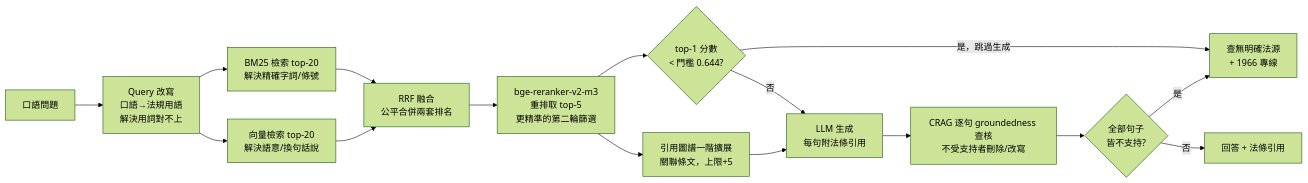
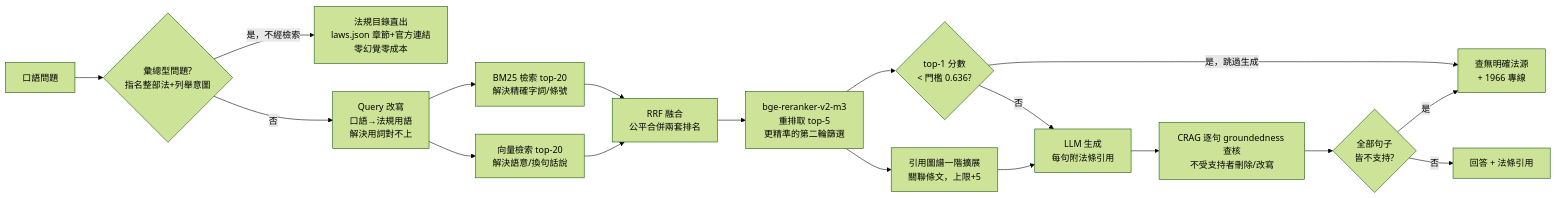
Before and after one commit to kuotunyu/tw-longcare-rag: the second of 3 diagrams in README.md, drawn with Mermaid (forest theme). The commit also changed 7 other files, not shown here.

Commit message:
feat(router): 彙總型問題查詢路由（D12）——列出整部法改走 laws.json 確定性目錄，不經 RAG；修 README 架構圖殘留舊門檻 0.644

````diff
--- a/README.md
+++ b/README.md
@@ -33,18 +33,20 @@
 ```mermaid
 flowchart LR
-    Q[口語問題] --> RW[Query 改寫<br/>口語→法規用語<br/>解決用詞對不上]
+    Q[口語問題] --> ROUTER{彙總型問題?<br/>指名整部法+列舉意圖}
+    ROUTER -->|是，不經檢索| TOC[法規目錄直出<br/>laws.json 章節+官方連結<br/>零幻覺零成本]
+    ROUTER -->|否| RW[Query 改寫<br/>口語→法規用語<br/>解決用詞對不上]
     RW --> BM25[BM25 檢索 top-20<br/>解決精確字詞/條號]
     RW --> VEC[向量檢索 top-20<br/>解決語意/換句話說]
     BM25 --> RRF[RRF 融合<br/>公平合併兩套排名]
     VEC --> RRF
     RRF --> RR[bge-reranker-v2-m3<br/>重排取 top-5<br/>更精準的第二輪篩選]
     RR --> GE[引用圖譜一階擴展<br/>關聯條文，上限+5]
-    RR --> GATE1{top-1 分數<br/>< 門檻 0.644?}
+    RR --> GATE1{top-1 分數<br/>< 門檻 0.636?}
     GATE1 -->|是，跳過生成| A2[查無明確法源<br/>+ 1966 專線]
     GATE1 -->|否| GEN[LLM 生成<br/>每句附法條引用]
     GE --> GEN
     GEN --> GND[CRAG 逐句 groundedness 查核<br/>不受支持者刪除/改寫]
     GND --> GATE2{全部句子<br/>皆不支持?}
     GATE2 -->|是| A2
     GATE2 -->|否| A[回答 + 法條引用]
 ```
````
